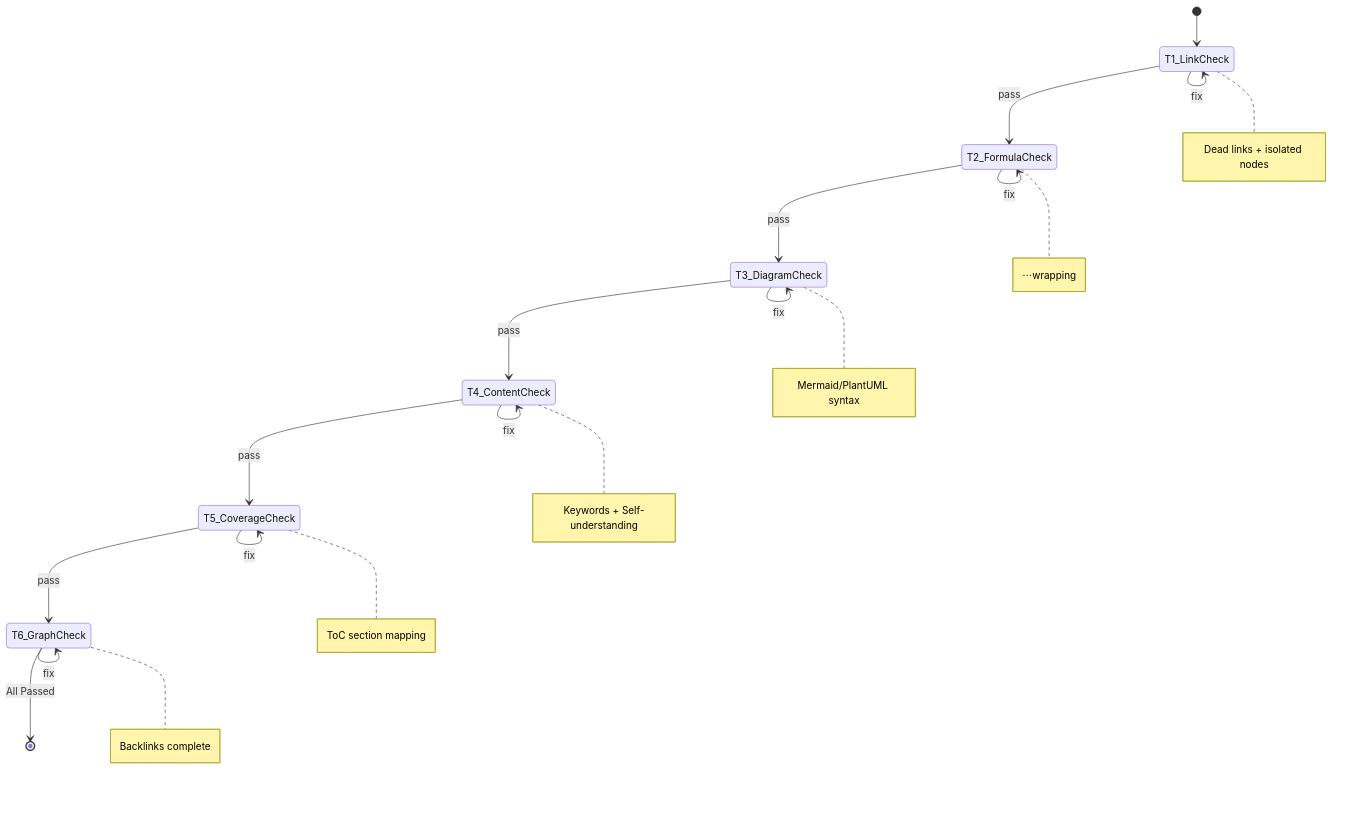
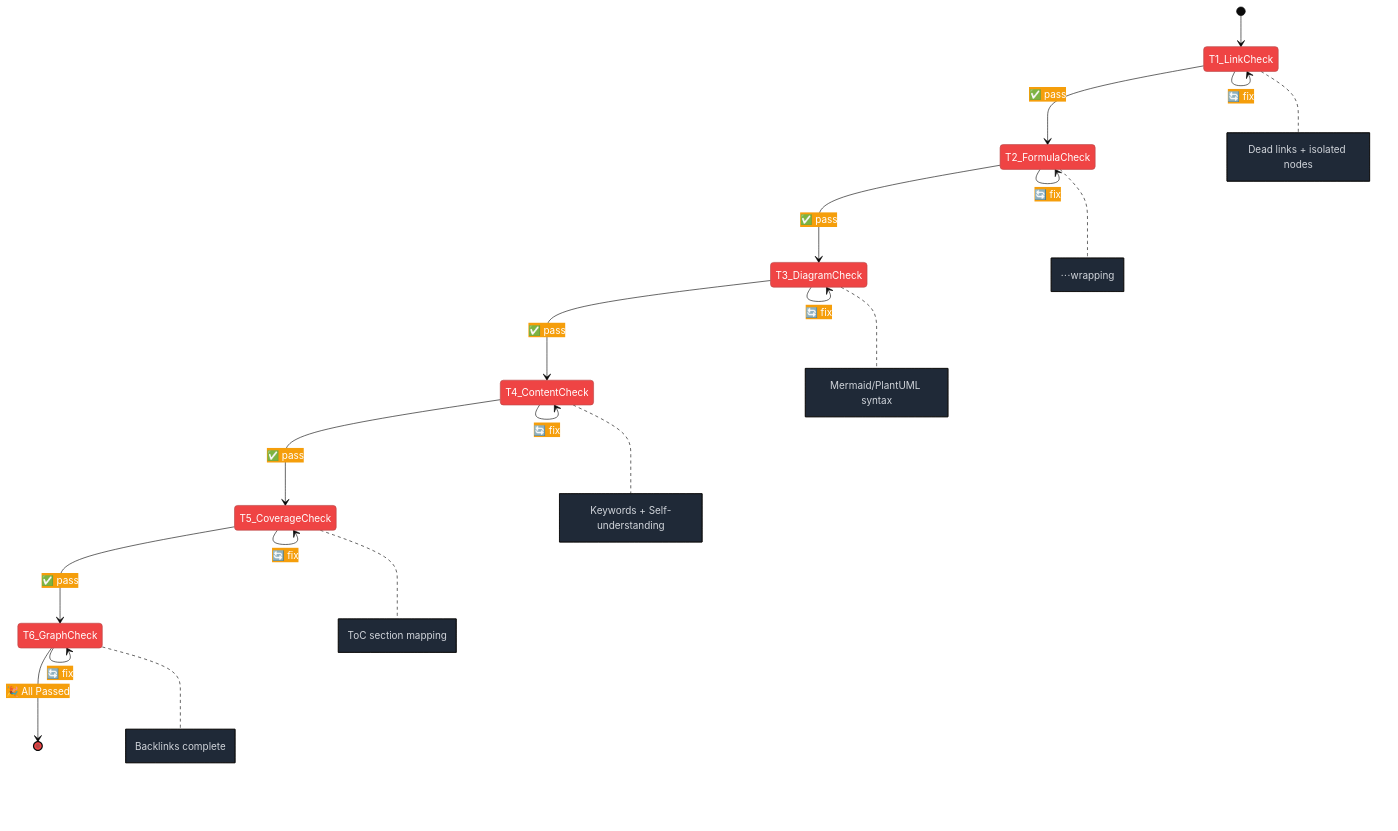
The sixth of 10 diagrams in README.md (3229218431/FeynFlow), drawn with Mermaid before and after one commit. The commit also changed other lines of this file, not shown here.

Commit message:
All 7 Mermaid charts now have proper %%{init} themeVariables + classDef colors. Dark-mode-safe saturated colors with white text. sequenceDiagram, gantt, stateDiagram all styled.

````diff
--- a/README.md
+++ b/README.md
@@ -269,22 +282,23 @@
 ```mermaid
+%%{init: {'theme':'base','themeVariables': {'primaryColor': '#EF4444','primaryTextColor':'#fff','secondaryColor': '#F59E0B','noteBkgColor': '#1f2937','noteTextColor': '#d1d5db'}}}%%
 stateDiagram-v2
     [*] --> T1_LinkCheck
-    T1_LinkCheck --> T2_FormulaCheck: pass
-    T1_LinkCheck --> T1_LinkCheck: fix
-    T2_FormulaCheck --> T3_DiagramCheck: pass
-    T2_FormulaCheck --> T2_FormulaCheck: fix
-    T3_DiagramCheck --> T4_ContentCheck: pass
-    T3_DiagramCheck --> T3_DiagramCheck: fix
-    T4_ContentCheck --> T5_CoverageCheck: pass
-    T4_ContentCheck --> T4_ContentCheck: fix
-    T5_CoverageCheck --> T6_GraphCheck: pass
-    T5_CoverageCheck --> T5_CoverageCheck: fix
-    T6_GraphCheck --> [*]: All Passed
-    T6_GraphCheck --> T6_GraphCheck: fix
+    T1_LinkCheck --> T2_FormulaCheck: ✅ pass
+    T1_LinkCheck --> T1_LinkCheck: 🔄 fix
+    T2_FormulaCheck --> T3_DiagramCheck: ✅ pass
+    T2_FormulaCheck --> T2_FormulaCheck: 🔄 fix
+    T3_DiagramCheck --> T4_ContentCheck: ✅ pass
+    T3_DiagramCheck --> T3_DiagramCheck: 🔄 fix
+    T4_ContentCheck --> T5_CoverageCheck: ✅ pass
+    T4_ContentCheck --> T4_ContentCheck: 🔄 fix
+    T5_CoverageCheck --> T6_GraphCheck: ✅ pass
+    T5_CoverageCheck --> T5_CoverageCheck: 🔄 fix
+    T6_GraphCheck --> [*]: 🎉 All Passed
+    T6_GraphCheck --> T6_GraphCheck: 🔄 fix
     note right of T1_LinkCheck: Dead links + isolated nodes
     note right of T2_FormulaCheck: $$...$$ wrapping
     note right of T3_DiagramCheck: Mermaid/PlantUML syntax
     note right of T4_ContentCheck: Keywords + Self-understanding
     note right of T5_CoverageCheck: ToC section mapping
     note right of T6_GraphCheck: Backlinks complete
 ```
````
